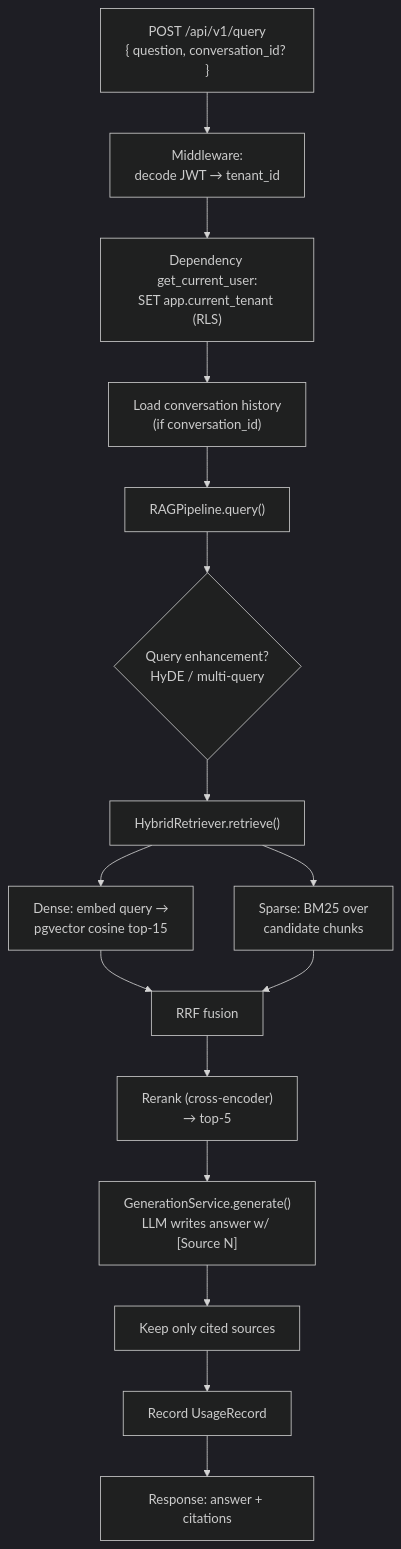
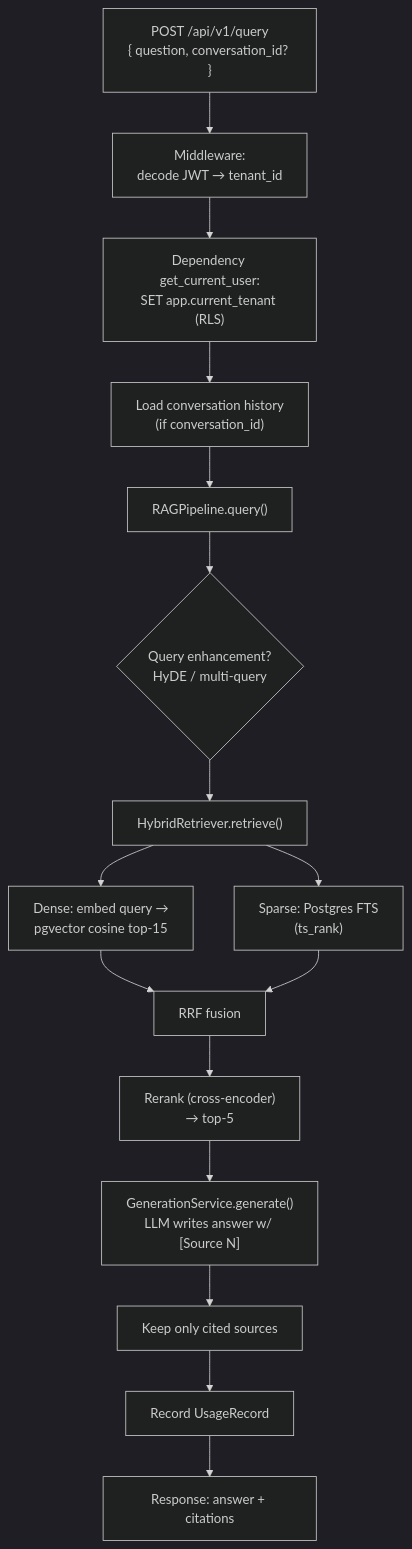
The diagram in docs/learn/14-query-trace.md (objectgyan/agentic-rag-system), drawn with Mermaid (dark theme) before and after one commit. The commit also changed other lines of this file and 7 other files, not shown here.

First line of the commit message:
docs: sync all docs with current pipeline (sparse=in-DB FTS, new capabilities)

````diff
--- a/docs/learn/14-query-trace.md
+++ b/docs/learn/14-query-trace.md
@@ -12,18 +12,18 @@
 ```mermaid
 flowchart TB
     REQ["POST /api/v1/query<br/>{ question, conversation_id? }"] --> MW["Middleware:<br/>decode JWT → tenant_id"]
     MW --> DEP["Dependency get_current_user:<br/>SET app.current_tenant (RLS)"]
     DEP --> HIST["Load conversation history<br/>(if conversation_id)"]
     HIST --> PIPE["RAGPipeline.query()"]
     PIPE --> ENH{"Query enhancement?<br/>HyDE / multi-query"}
     ENH --> RET["HybridRetriever.retrieve()"]
     RET --> DENSE["Dense: embed query →<br/>pgvector cosine top-15"]
-    RET --> SPARSE["Sparse: BM25 over<br/>candidate chunks"]
+    RET --> SPARSE["Sparse: Postgres FTS<br/>(ts_rank)"]
     DENSE --> RRF["RRF fusion"]
     SPARSE --> RRF
     RRF --> RR["Rerank (cross-encoder)<br/>→ top-5"]
     RR --> GEN["GenerationService.generate()<br/>LLM writes answer w/ [Source N]"]
     GEN --> CITE["Keep only cited sources"]
     CITE --> USAGE["Record UsageRecord"]
     USAGE --> RESP["Response: answer + citations"]
 ```
````
